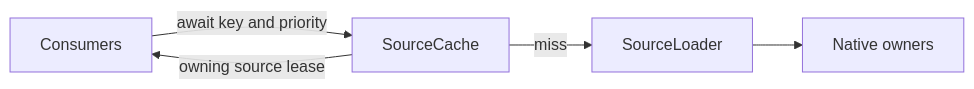
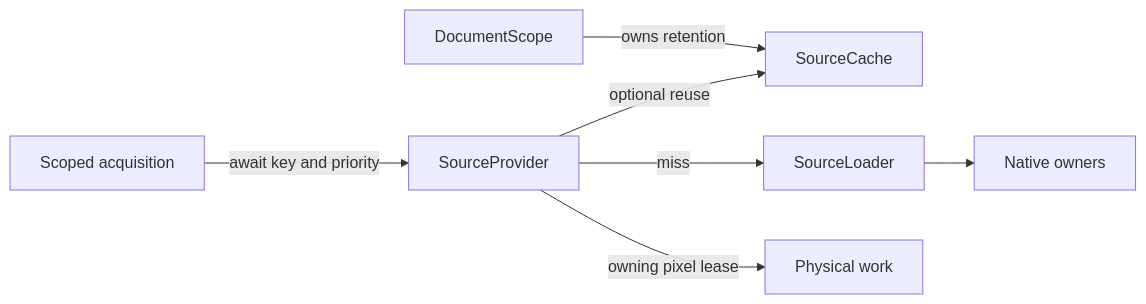
One commit to emil-e/antitone changed the diagram in docs/architecture.md. Above: the diagram before and after it, drawn with Mermaid. The commit also changed other lines of this file and 185 other files, not shown here.

First line of the commit message:
Align async source acquisition and retention with editor scope ownership (#92)

````diff
--- a/docs/architecture.md
+++ b/docs/architecture.md
@@ -53,7 +53,9 @@
 ```mermaid
 flowchart LR
-    Consumer[Consumers] -->|await key and priority| Cache[SourceCache]
-    Cache -->|miss| Loader[SourceLoader]
+    Consumer[Scoped acquisition] -->|await key and priority| Provider[SourceProvider]
+    Document[DocumentScope] -->|owns retention| Cache[SourceCache]
+    Provider -->|optional reuse| Cache
+    Provider -->|miss| Loader[SourceLoader]
     Loader --> Native[Native owners]
-    Cache -->|owning source lease| Consumer
+    Provider -->|owning pixel lease| Worker[Physical work]
 ```
````
